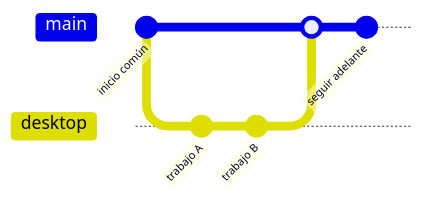
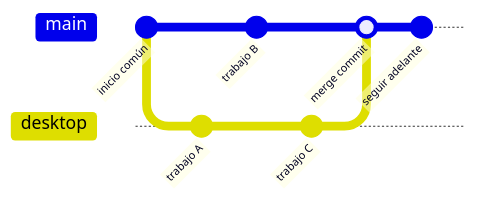
Before and after one commit to anteromontonio/anteromontonio.github.io: the fourth of 7 diagrams in _posts/es-mx/2026-06-07-git-para-matematicos.md, drawn with Mermaid. The commit also changed other lines of this file and 15 other files, not shown here.

````diff
--- a/_posts/es-mx/2026-06-07-git-para-matematicos.md
+++ b/_posts/es-mx/2026-06-07-git-para-matematicos.md
@@ -195,11 +198,14 @@
 ```mermaid
 gitGraph
     commit id: "inicio común"
     branch desktop
     checkout desktop
     commit id: "trabajo A"
+    checkout main
     commit id: "trabajo B"
+    checkout desktop
+    commit id: "trabajo C"
     checkout main
-    merge desktop
+    merge desktop id: "merge commit"
     commit id: "seguir adelante"
 ```
````
